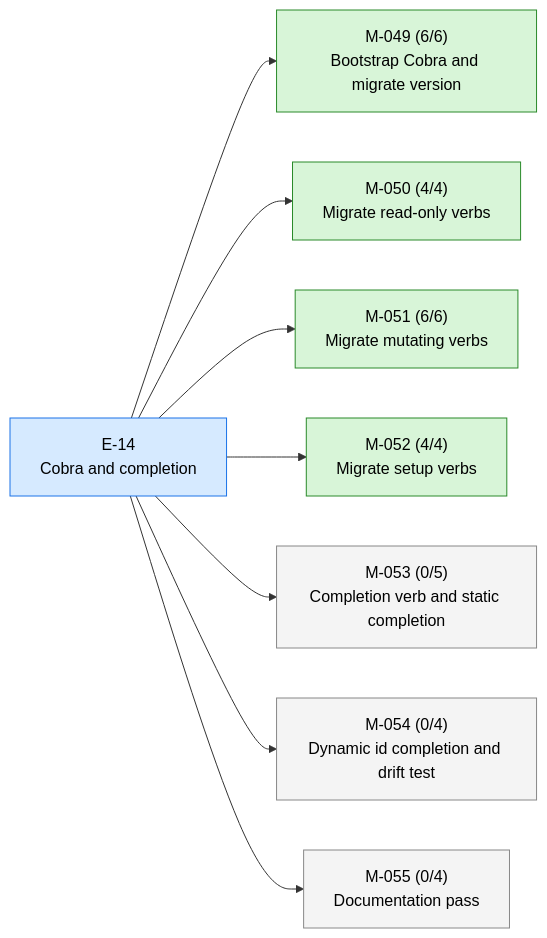
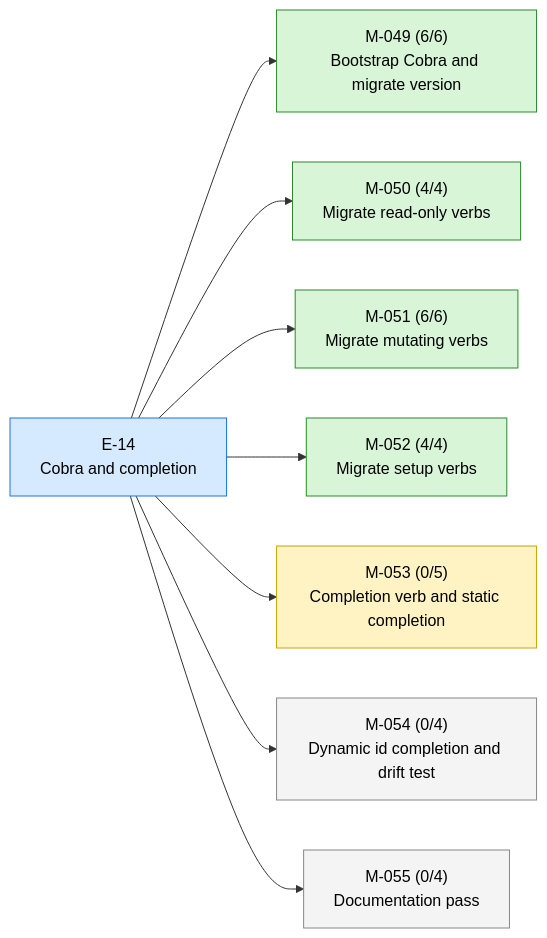
Before and after one commit to 23min/aiwf: the first of 2 diagrams in STATUS.md, drawn with Mermaid. The commit also changed other lines of this file and 1 other file, not shown here.

First line of the commit message:
aiwf promote M-053 draft -> in_progress

````diff
--- a/STATUS.md
+++ b/STATUS.md
@@ -17,24 +17,24 @@
 ```mermaid
 flowchart LR
   E_14["E-14<br/>Cobra and completion"]:::epic_active
   M_049["M-049 (6/6)<br/>Bootstrap Cobra and migrate version"]:::ms_done
   E_14 --> M_049
   M_050["M-050 (4/4)<br/>Migrate read-only verbs"]:::ms_done
   E_14 --> M_050
   M_051["M-051 (6/6)<br/>Migrate mutating verbs"]:::ms_done
   E_14 --> M_051
   M_052["M-052 (4/4)<br/>Migrate setup verbs"]:::ms_done
   E_14 --> M_052
-  M_053["M-053 (0/5)<br/>Completion verb and static completion"]:::ms_draft
+  M_053["M-053 (0/5)<br/>Completion verb and static completion"]:::ms_in_progress
   E_14 --> M_053
   M_054["M-054 (0/4)<br/>Dynamic id completion and drift test"]:::ms_draft
   E_14 --> M_054
   M_055["M-055 (0/4)<br/>Documentation pass"]:::ms_draft
   E_14 --> M_055
   classDef epic_active fill:#d6eaff,stroke:#1a73e8,color:#000
   classDef epic_proposed fill:#f4f4f4,stroke:#888,color:#000
   classDef ms_done fill:#d8f5d8,stroke:#2a8a2a,color:#000
   classDef ms_in_progress fill:#fff3c4,stroke:#caa400,color:#000
   classDef ms_draft fill:#f4f4f4,stroke:#888,color:#000
   classDef ms_cancelled fill:#fbeaea,stroke:#c33,color:#000
 ```
````
